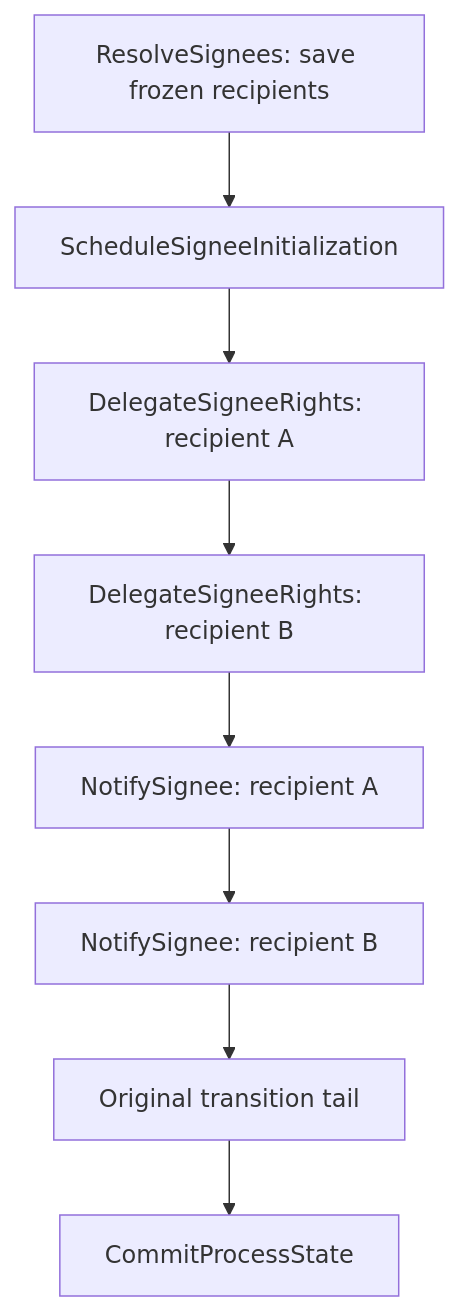
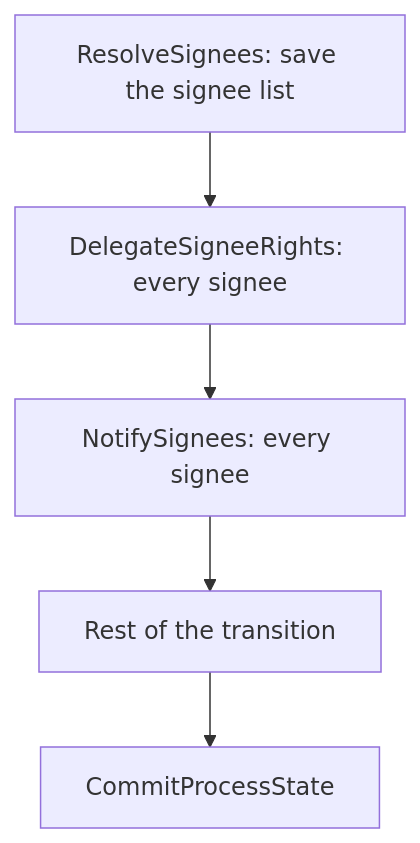
The diagram in src/App/backend/docs/per-signee-signing-experiment.md (Altinn/altinn-studio), drawn with Mermaid before and after one commit. The commit also changed other lines of this file and 32 other files, not shown here.

Commit message:
refactor(signing): initialize signees in three fixed steps instead of one step per recipient

````diff
--- a/src/App/backend/docs/per-signee-signing-experiment.md
+++ b/src/App/backend/docs/per-signee-signing-experiment.md
@@ -18,10 +15,7 @@
 ```mermaid
 flowchart TD
-    Resolve[ResolveSignees: save frozen recipients] --> Schedule[ScheduleSigneeInitialization]
-    Schedule --> GrantA[DelegateSigneeRights: recipient A]
-    GrantA --> GrantB[DelegateSigneeRights: recipient B]
-    GrantB --> NotifyA[NotifySignee: recipient A]
-    NotifyA --> NotifyB[NotifySignee: recipient B]
-    NotifyB --> Tail[Original transition tail]
+    Resolve[ResolveSignees: save the signee list] --> Grant[DelegateSigneeRights: every signee]
+    Grant --> Notify[NotifySignees: every signee]
+    Notify --> Tail[Rest of the transition]
     Tail --> Commit[CommitProcessState]
 ```
````
